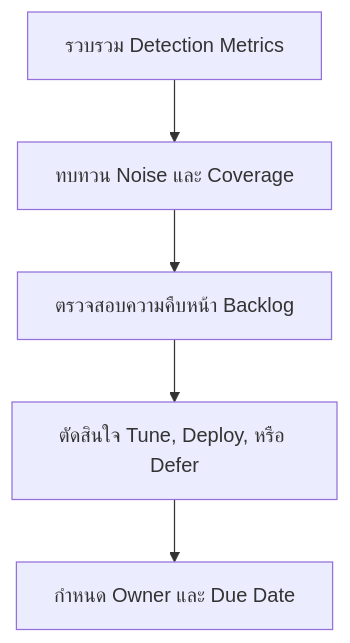
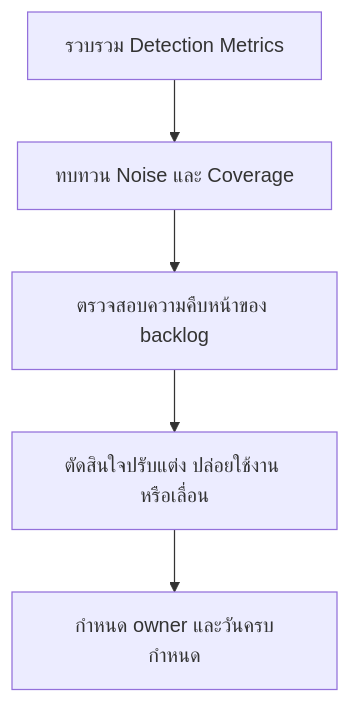
One commit to nutthakorn7/SOC-Standard-Operating-Procedures changed the diagram in 11_Reporting_Templates/Weekly_Detection_Review_Pack.th.md. Above: the diagram before and after it, drawn with Mermaid. The commit also changed other lines of this file and 20 other files, not shown here.

````diff
--- a/11_Reporting_Templates/Weekly_Detection_Review_Pack.th.md
+++ b/11_Reporting_Templates/Weekly_Detection_Review_Pack.th.md
@@ -6,7 +6,7 @@
 ```mermaid
 graph TD
     A["รวบรวม Detection Metrics"] --> B["ทบทวน Noise และ Coverage"]
-    B --> C["ตรวจสอบความคืบหน้า Backlog"]
-    C --> D["ตัดสินใจ Tune, Deploy, หรือ Defer"]
-    D --> E["กำหนด Owner และ Due Date"]
+    B --> C["ตรวจสอบความคืบหน้าของ backlog"]
+    C --> D["ตัดสินใจปรับแต่ง ปล่อยใช้งาน หรือเลื่อน"]
+    D --> E["กำหนด owner และวันครบกำหนด"]
 ```
````
